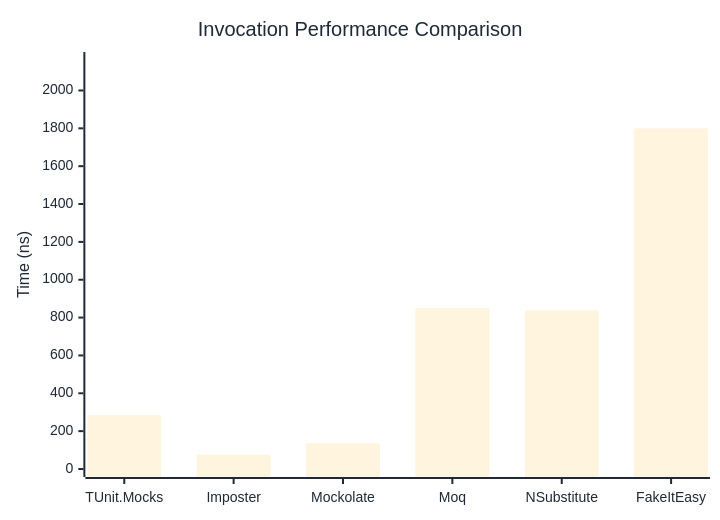
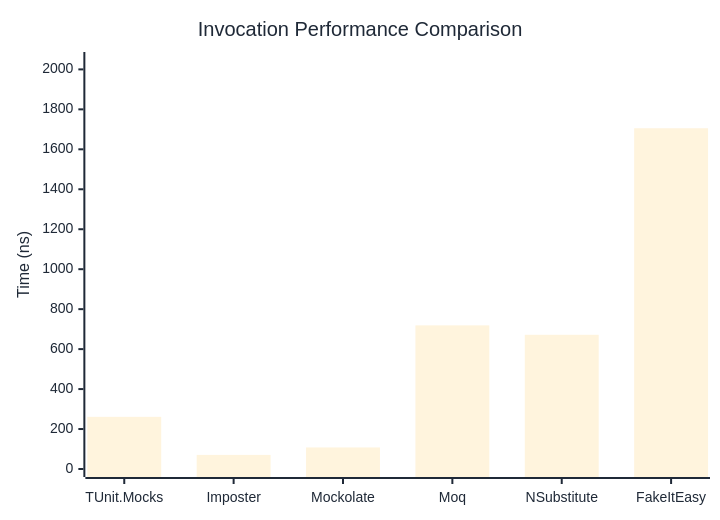
Before and after one commit to thomhurst/TUnit: the first of 3 diagrams in docs/docs/benchmarks/mocks/Invocation.md, drawn with Mermaid. The commit also changed other lines of this file and 14 other files, not shown here.

````diff
--- a/docs/docs/benchmarks/mocks/Invocation.md
+++ b/docs/docs/benchmarks/mocks/Invocation.md
@@ -30,27 +30,27 @@
 ```mermaid
 %%{init: {
   'theme':'base',
   'themeVariables': {
     'primaryColor': '#2563eb',
     'primaryTextColor': '#1f2937',
     'primaryBorderColor': '#1e40af',
     'lineColor': '#6b7280',
     'secondaryColor': '#7c3aed',
     'tertiaryColor': '#dc2626',
     'background': '#ffffff',
     'pie1': '#2563eb',
     'pie2': '#7c3aed',
     'pie3': '#dc2626',
     'pie4': '#f59e0b',
     'pie5': '#10b981',
     'pie6': '#06b6d4',
     'pie7': '#ec4899',
     'pie8': '#6366f1'
   }
 }}%%
 xychart-beta
   title "Invocation Performance Comparison"
   x-axis ["TUnit.Mocks", "Imposter", "Mockolate", "Moq", "NSubstitute", "FakeItEasy"]
-  y-axis "Time (ns)" 0 --> 2161
-  bar [283.21, 75.71, 135.61, 849.51, 838.22, 1800.03]
+  y-axis "Time (ns)" 0 --> 2047
+  bar [261.08, 70.51, 107.92, 718.82, 671.7, 1705.46]
 ```
````
